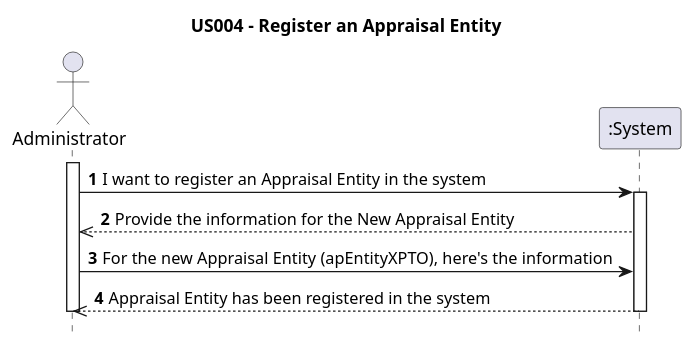
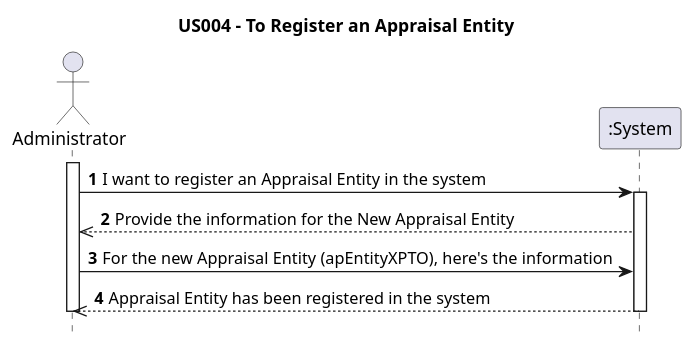
One commit to AndrePereiraGitH/SWitCH-Project-Team_A changed the diagram in Diagrams/SequenceDiagrams/N1/US004-to-register-an-appraisal-entity-in-the-system.puml. Above: the diagram before and after it, drawn with PlantUML. The commit also changed 12 other files, not shown here.

```diff
--- a/Diagrams/SequenceDiagrams/N1/US004-to-register-an-appraisal-entity-in-the-system.puml
+++ b/Diagrams/SequenceDiagrams/N1/US004-to-register-an-appraisal-entity-in-the-system.puml
@@ -1,24 +1,24 @@
 @startuml
 
 hide footbox
 autonumber
 
-title US004 - Register an Appraisal Entity
+title US004 - To Register an Appraisal Entity
 
 actor Administrator
 participant ":System" as System
 
 ' Human communication started by Administrator
 activate Administrator
 
 Administrator -> System : I want to register an Appraisal Entity in the system
 
     activate System
     System -->> Administrator : Provide the information for the New Appraisal Entity
     Administrator -> System : For the new Appraisal Entity (apEntityXPTO), here's the information
     System -->> Administrator : Appraisal Entity has been registered in the system
     deactivate System
 
 deactivate Administrator
 
 @enduml
```
